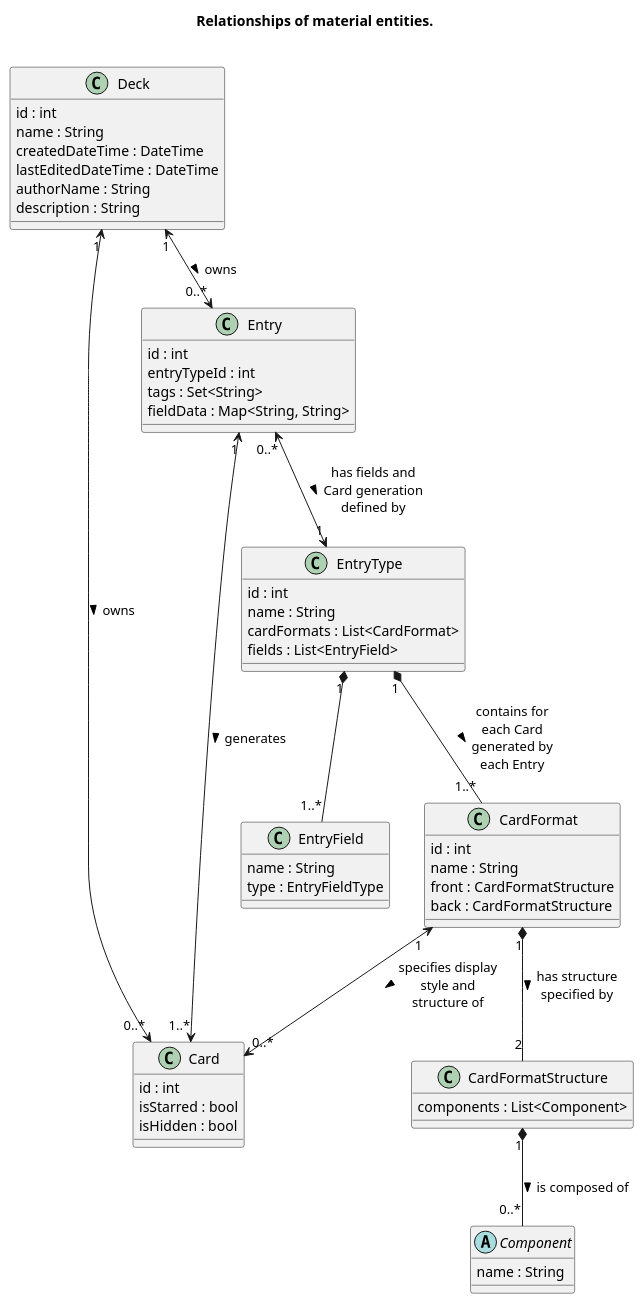
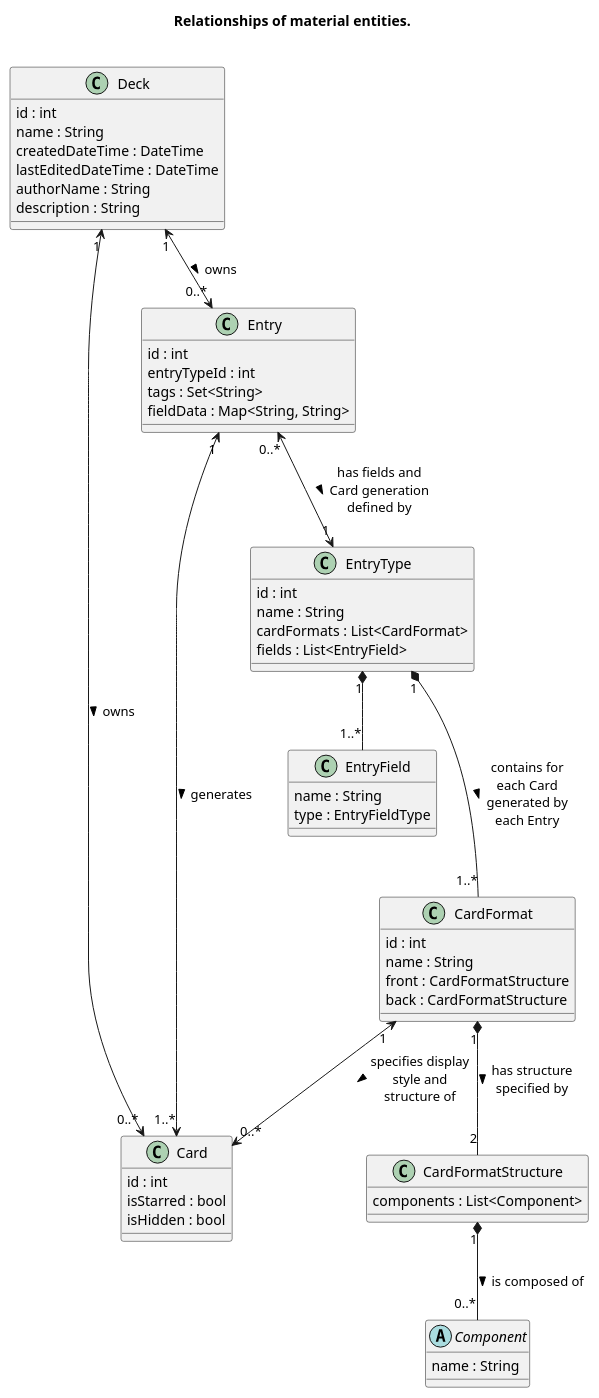
The diagram in puml/material_entities.puml (cervonwong/sona-flutter), drawn with PlantUML before and after one commit.

Commit message:
Docs(puml): Fix arrow length

```diff
--- a/puml/material_entities.puml
+++ b/puml/material_entities.puml
@@ -1,62 +1,62 @@
 @startuml
 
 skinparam maxMessageSize 100
 skinparam shadowing false
 
 title Relationships of material entities.\n
 
 class Card {
 	id : int
 	isStarred : bool
 	isHidden : bool
 }
 class Entry {
 	id : int
 	entryTypeId : int
 	tags : Set<String>
 	fieldData : Map<String, String>
 }
 class Deck {
 	id : int
 	name : String
 	createdDateTime : DateTime
 	lastEditedDateTime : DateTime
 	authorName : String
 	description : String
 }
 
 Deck "1" <--> "0..*" Entry : owns >
 Entry "1" <--> "1..*" Card : generates >
 Deck "1" <--> "0..*" Card : owns >
 
 class EntryType {
 	id : int
 	name : String
 	cardFormats : List<CardFormat>
 	fields : List<EntryField>
 }
 class EntryField {
 	name : String
 	type : EntryFieldType
 }
 class CardFormat {
 	id : int
 	name : String
 	front : CardFormatStructure
 	back : CardFormatStructure
 }
 class CardFormatStructure {
 	components : List<Component>
 }
 abstract class Component {
 	name : String
 }
 
 Entry "0..*" <--> "1" EntryType : has fields and Card generation defined by >
-EntryType "1" *-- "1..*" CardFormat : contains for each Card generated by each Entry >
+EntryType "1" *--- "1..*" CardFormat : contains for each Card generated by each Entry >
 CardFormat "1" <--> "0..*" Card : specifies display style and structure of >
 EntryType "1" *-- "1..*" EntryField
 CardFormat "1" *-- "2" CardFormatStructure : has structure specified by >
 CardFormatStructure "1" *-- "0..*" Component : is composed of >
 
 @enduml
```
